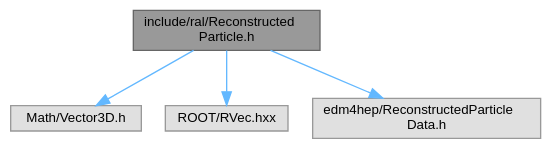
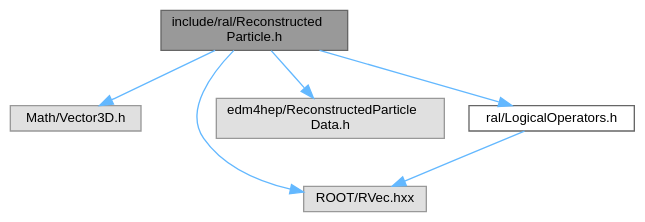
The diagram in docs/ReconstructedParticle_8h__incl.dot (HEP-FCC/ral), drawn with Graphviz before and after one commit. The commit also changed 46 other files, not shown here.

```diff
--- a/docs/ReconstructedParticle_8h__incl.dot
+++ b/docs/ReconstructedParticle_8h__incl.dot
@@ -1,14 +1,17 @@
 digraph "include/ral/ReconstructedParticle.h"
 {
  // LATEX_PDF_SIZE
   bgcolor="transparent";
   edge [fontname=Helvetica,fontsize=10,labelfontname=Helvetica,labelfontsize=10];
   node [fontname=Helvetica,fontsize=10,shape=box,height=0.2,width=0.4];
   Node1 [id="Node000001",label="include/ral/Reconstructed\lParticle.h",height=0.2,width=0.4,color="gray40", fillcolor="grey60", style="filled", fontcolor="black",tooltip=" "];
   Node1 -> Node2 [id="edge1_Node000001_Node000002",color="steelblue1",style="solid",tooltip=" "];
   Node2 [id="Node000002",label="Math/Vector3D.h",height=0.2,width=0.4,color="grey60", fillcolor="#E0E0E0", style="filled",tooltip=" "];
   Node1 -> Node3 [id="edge2_Node000001_Node000003",color="steelblue1",style="solid",tooltip=" "];
   Node3 [id="Node000003",label="ROOT/RVec.hxx",height=0.2,width=0.4,color="grey60", fillcolor="#E0E0E0", style="filled",tooltip=" "];
   Node1 -> Node4 [id="edge3_Node000001_Node000004",color="steelblue1",style="solid",tooltip=" "];
   Node4 [id="Node000004",label="edm4hep/ReconstructedParticle\lData.h",height=0.2,width=0.4,color="grey60", fillcolor="#E0E0E0", style="filled",tooltip=" "];
+  Node1 -> Node5 [id="edge4_Node000001_Node000005",color="steelblue1",style="solid",tooltip=" "];
+  Node5 [id="Node000005",label="ral/LogicalOperators.h",height=0.2,width=0.4,color="grey40", fillcolor="white", style="filled",URL="$LogicalOperators_8h.html",tooltip=" "];
+  Node5 -> Node3 [id="edge5_Node000005_Node000003",color="steelblue1",style="solid",tooltip=" "];
 }
```
